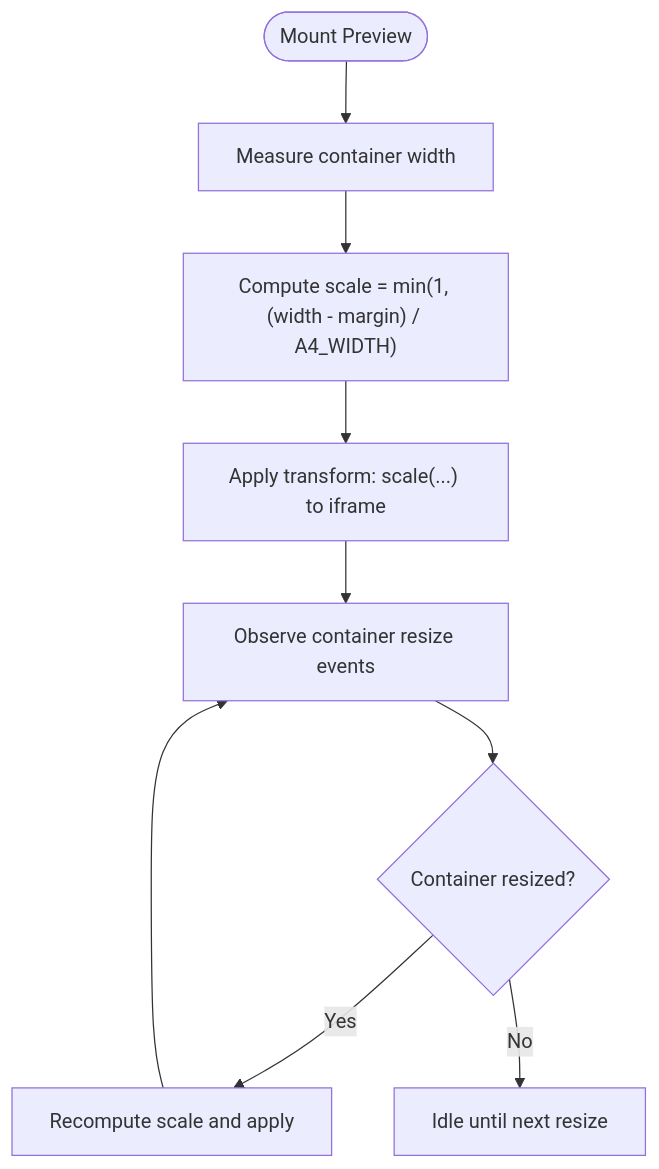
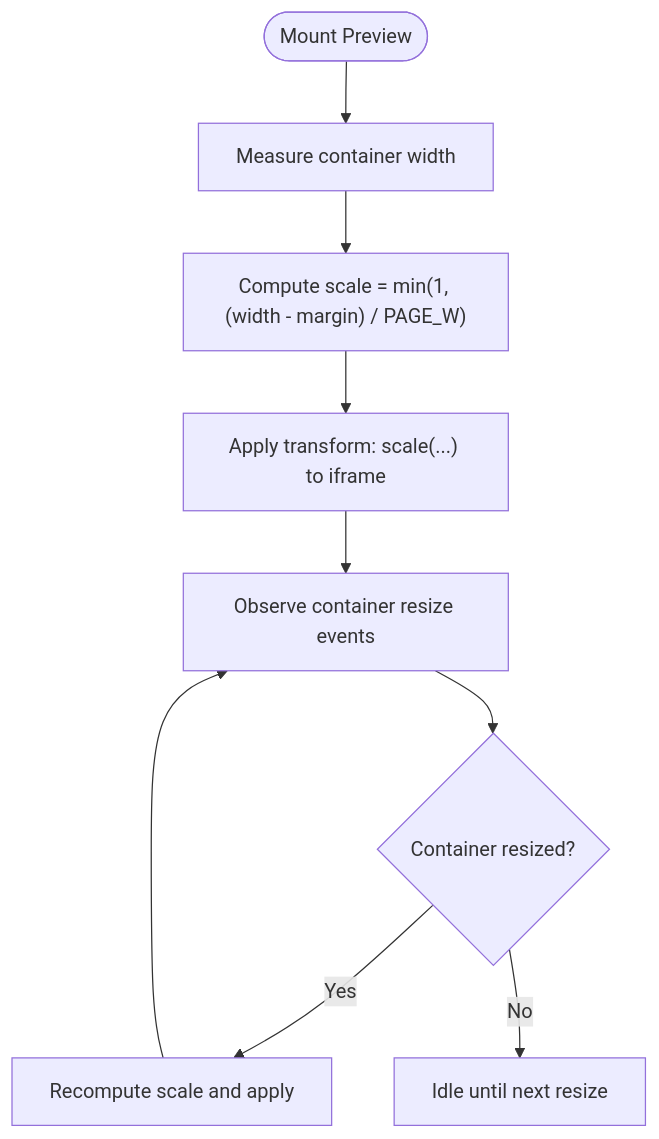
The third of 7 diagrams in .qoder/repowiki/en/content/UI Components/Preview Component.md (MdodoIng/salery-slip-generater), drawn with Mermaid before and after one commit. The commit also changed other lines of this file and 22 other files, not shown here.

````diff
--- a/.qoder/repowiki/en/content/UI Components/Preview Component.md
+++ b/.qoder/repowiki/en/content/UI Components/Preview Component.md
@@ -118,11 +134,11 @@
 ```mermaid
 flowchart TD
 Start(["Mount Preview"]) --> Measure["Measure container width"]
-Measure --> ComputeScale["Compute scale = min(1, (width - margin) / A4_WIDTH)"]
+Measure --> ComputeScale["Compute scale = min(1, (width - margin) / PAGE_W)"]
 ComputeScale --> ApplyScale["Apply transform: scale(...) to iframe"]
 ApplyScale --> Observe["Observe container resize events"]
 Observe --> Recalc{"Container resized?"}
 Recalc --> |Yes| Recompute["Recompute scale and apply"]
 Recalc --> |No| Idle["Idle until next resize"]
 Recompute --> Observe
 ```
````
